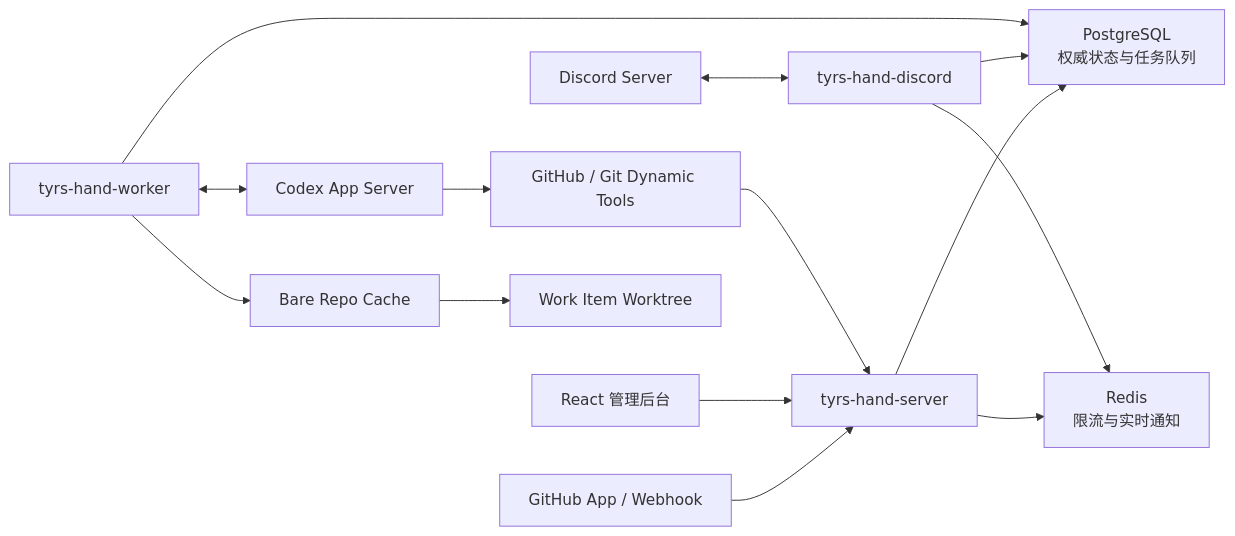
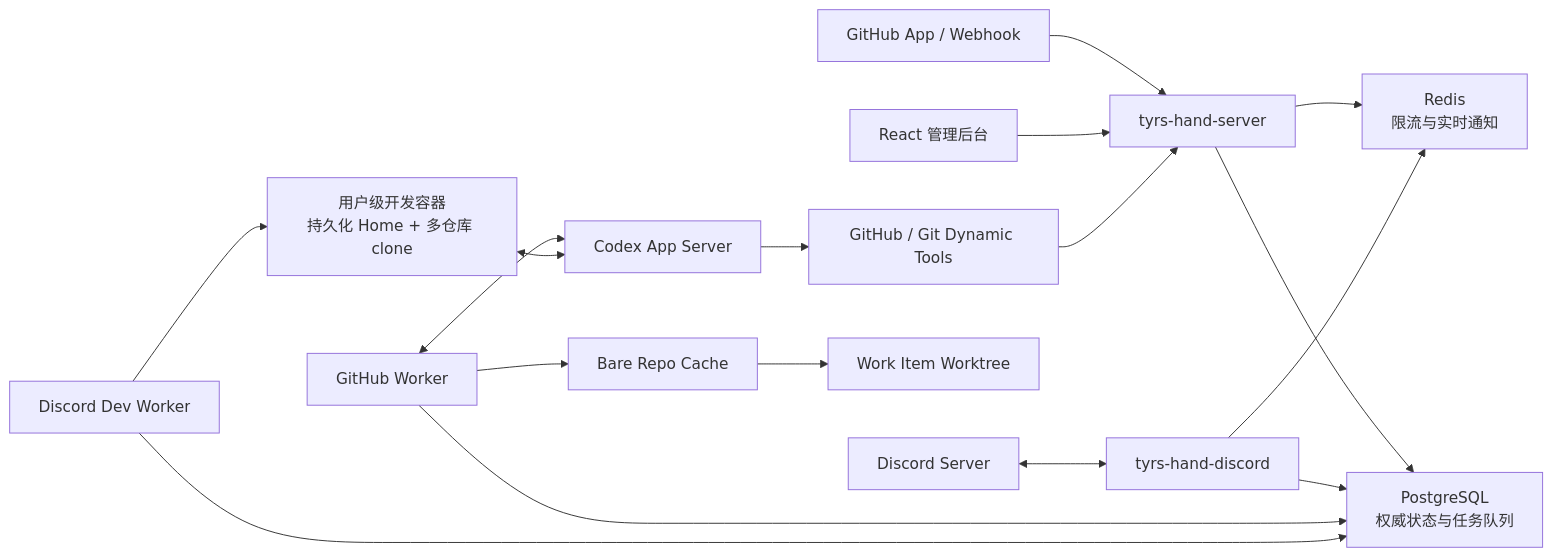
Before and after one commit to slovx2/tyrs-hand: the diagram in README.md, drawn with Mermaid. The commit also changed other lines of this file and 117 other files, not shown here.

````diff
--- a/README.md
+++ b/README.md
@@ -32,16 +33,19 @@
 ```mermaid
 flowchart LR
     GitHub["GitHub App / Webhook"] --> Server["tyrs-hand-server"]
     Admin["React 管理后台"] --> Server
     Discord["Discord Server"] <--> Gateway["tyrs-hand-discord"]
     Server --> PostgreSQL["PostgreSQL\n权威状态与任务队列"]
     Server --> Redis["Redis\n限流与实时通知"]
     Gateway --> PostgreSQL
     Gateway --> Redis
-    Worker["tyrs-hand-worker"] --> PostgreSQL
-    Worker --> Cache["Bare Repo Cache"]
+    GitHubWorker["GitHub Worker"] --> PostgreSQL
+    GitHubWorker --> Cache["Bare Repo Cache"]
     Cache --> Worktree["Work Item Worktree"]
-    Worker <--> Codex["Codex App Server"]
+    DiscordWorker["Discord Dev Worker"] --> PostgreSQL
+    DiscordWorker --> DevContainer["用户级开发容器\n持久化 Home + 多仓库 clone"]
+    GitHubWorker <--> Codex["Codex App Server"]
+    DevContainer <--> Codex
     Codex --> Tools["GitHub / Git Dynamic Tools"]
     Tools --> Server
 ```
````
